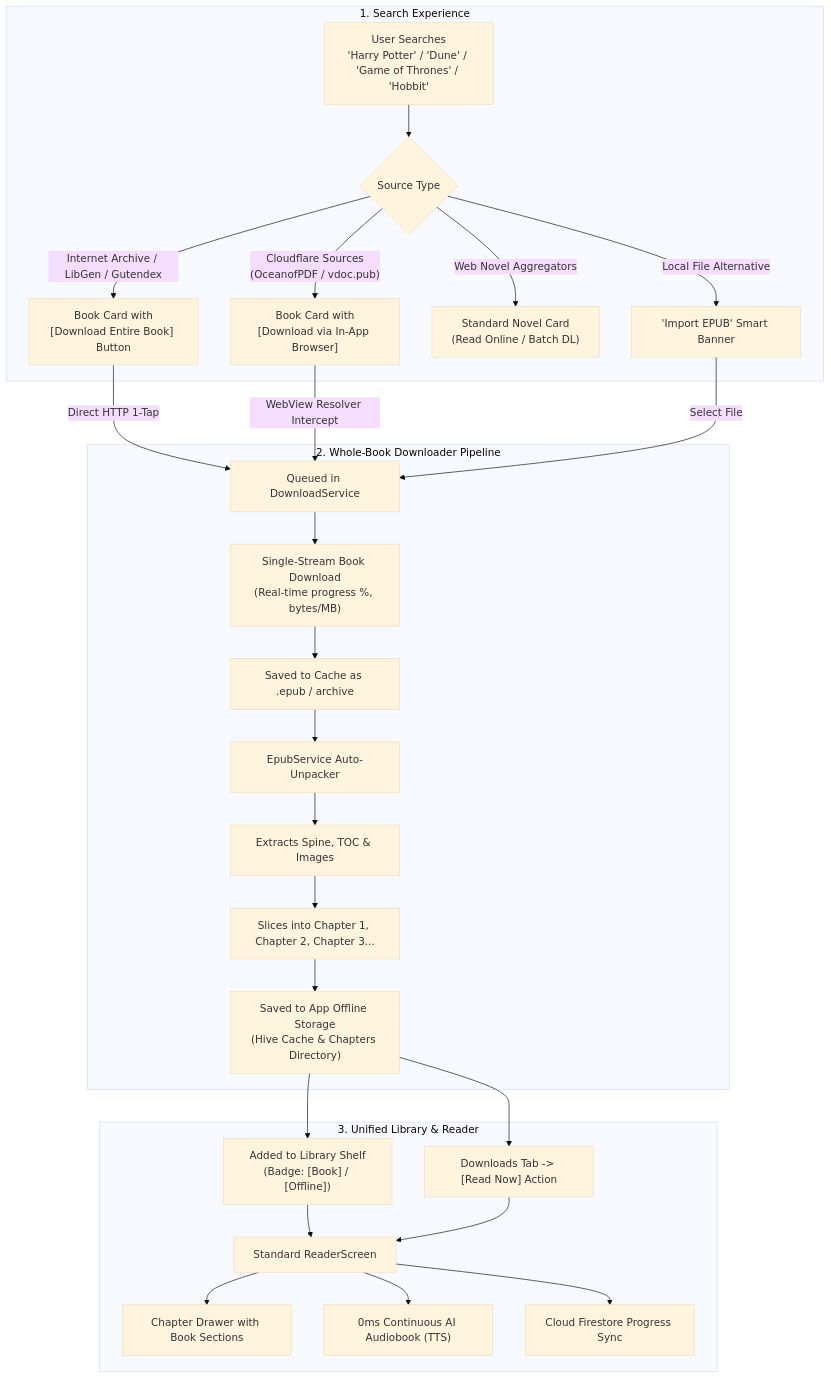
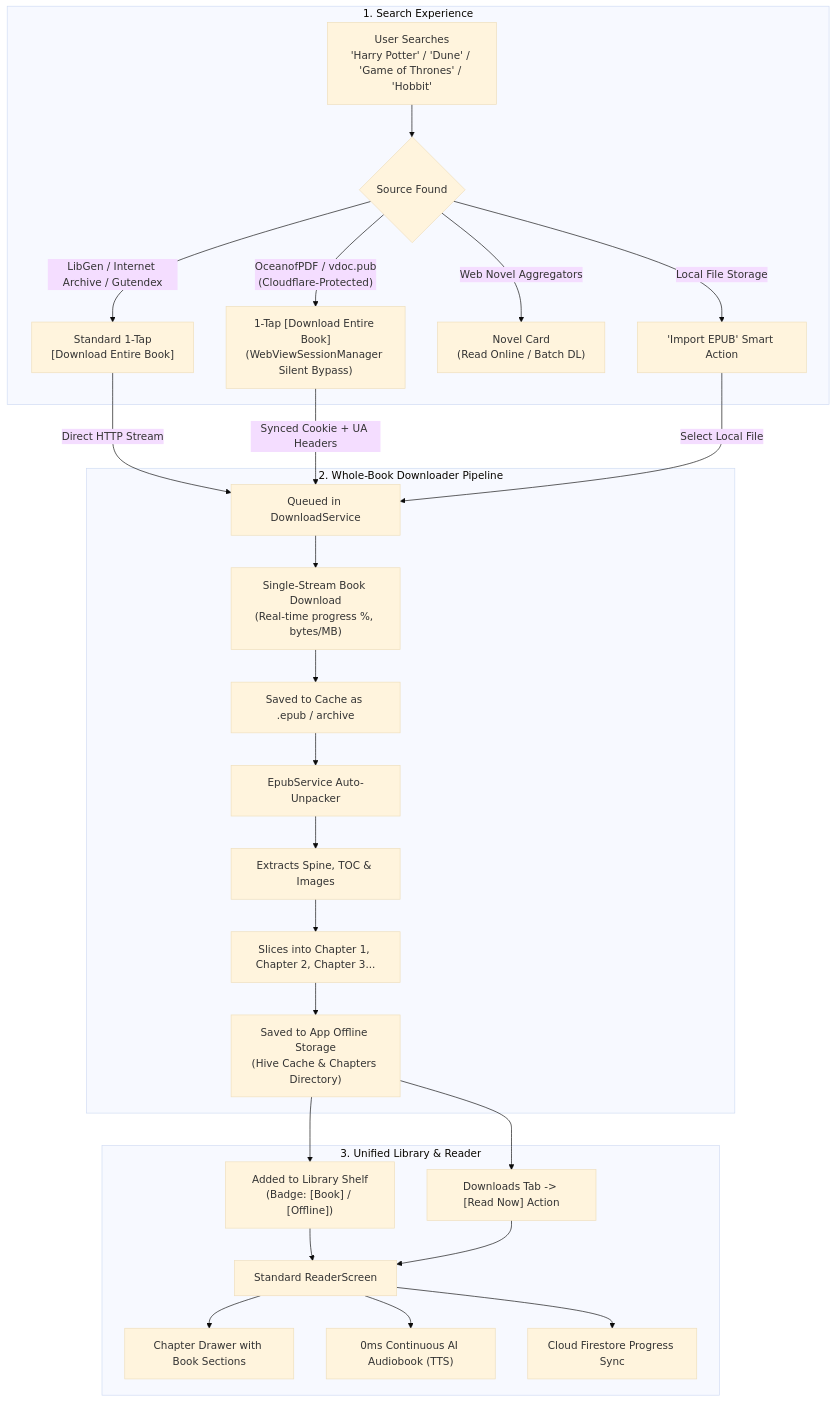
The diagram in plan.md (AdityaPatra-dev/Novels-World), drawn with Mermaid (base theme) before and after one commit. The commit also changed other lines of this file, not shown here.

Commit message:
docs: add oceanofpdf and vdoc.pub with silent WebViewSessionManager background bypass

````diff
--- a/plan.md
+++ b/plan.md
@@ -28,32 +28,32 @@
 ```mermaid
 flowchart TD
     subgraph Search["1. Search Experience"]
-        S1["User Searches<br/>'Harry Potter' / 'Dune' / 'Game of Thrones' / 'Hobbit'"] --> S2{"Source Type"}
-        S2 -->|"Internet Archive / LibGen / Gutendex"| S3["Book Card with<br/>[Download Entire Book] Button"]
-        S2 -->|"Cloudflare Sources<br/>(OceanofPDF / vdoc.pub)"| S3B["Book Card with<br/>[Download via In-App Browser]"]
-        S2 -->|"Web Novel Aggregators"| S4["Standard Novel Card<br/>(Read Online / Batch DL)"]
-        S2 -->|"Local File Alternative"| S5["'Import EPUB' Smart Banner"]
+        S1["User Searches<br/>'Harry Potter' / 'Dune' / 'Game of Thrones' / 'Hobbit'"] --> S2{"Source Found"}
+        S2 -->|"LibGen / Internet Archive / Gutendex"| S3["Standard 1-Tap<br/>[Download Entire Book]"]
+        S2 -->|"OceanofPDF / vdoc.pub<br/>(Cloudflare-Protected)"| S3B["1-Tap [Download Entire Book]<br/>(WebViewSessionManager Silent Bypass)"]
+        S2 -->|"Web Novel Aggregators"| S4["Novel Card<br/>(Read Online / Batch DL)"]
+        S2 -->|"Local File Storage"| S5["'Import EPUB' Smart Action"]
     end
 
     subgraph DownloadPipeline["2. Whole-Book Downloader Pipeline"]
-        S3 -->|"Direct HTTP 1-Tap"| D1["Queued in DownloadService"]
-        S3B -->|"WebView Resolver Intercept"| D1
-        S5 -->|"Select File"| D1
+        S3 -->|"Direct HTTP Stream"| D1["Queued in DownloadService"]
+        S3B -->|"Synced Cookie + UA Headers"| D1
+        S5 -->|"Select Local File"| D1
         D1 --> D2["Single-Stream Book Download<br/>(Real-time progress %, bytes/MB)"]
         D2 --> D3["Saved to Cache as .epub / archive"]
         D3 --> D4["EpubService Auto-Unpacker"]
         D4 --> D5["Extracts Spine, TOC & Images"]
         D5 --> D6["Slices into Chapter 1, Chapter 2, Chapter 3..."]
         D6 --> D7["Saved to App Offline Storage<br/>(Hive Cache & Chapters Directory)"]
     end
 
     subgraph Presentation["3. Unified Library & Reader"]
         D7 --> L1["Added to Library Shelf<br/>(Badge: [Book] / [Offline])"]
         D7 --> D8["Downloads Tab -> [Read Now] Action"]
         L1 --> R1["Standard ReaderScreen"]
         D8 --> R1
         R1 --> R2["Chapter Drawer with Book Sections"]
         R1 --> R3["0ms Continuous AI Audiobook (TTS)"]
         R1 --> R4["Cloud Firestore Progress Sync"]
     end
 ```
````
